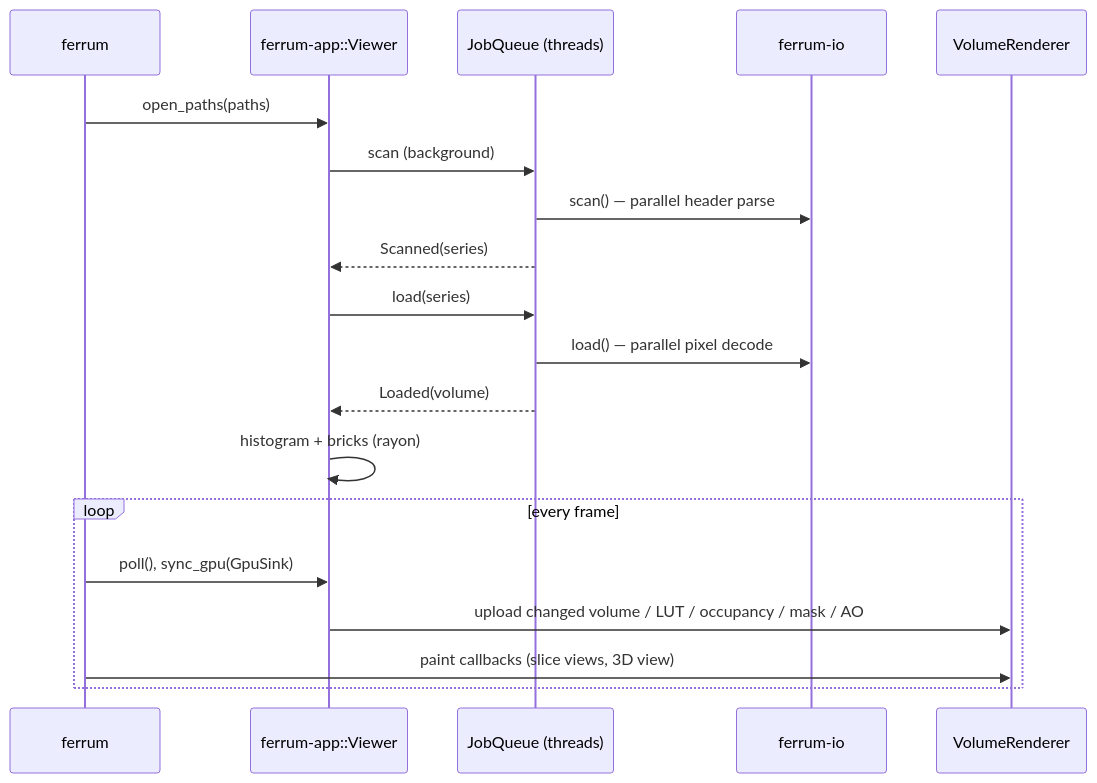
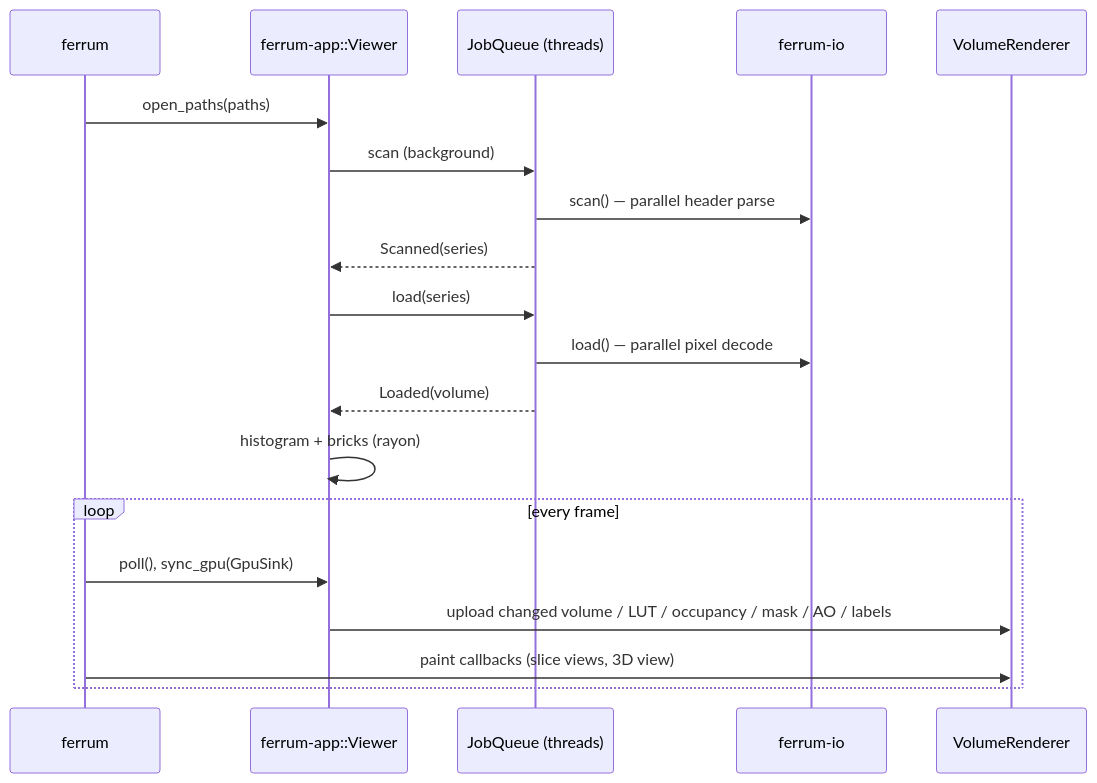
Before and after one commit to Kauter1989/ferrum: the second of 2 diagrams in docs/architecture.md, drawn with Mermaid. The commit also changed other lines of this file and 14 other files, not shown here.

````diff
--- a/docs/architecture.md
+++ b/docs/architecture.md
@@ -60,22 +60,22 @@
 ```mermaid
 sequenceDiagram
     participant UI as ferrum
     participant App as ferrum-app::Viewer
     participant Jobs as JobQueue (threads)
     participant Repo as ferrum-io
     participant GPU as VolumeRenderer
 
     UI->>App: open_paths(paths)
     App->>Jobs: scan (background)
     Jobs->>Repo: scan() — parallel header parse
     Jobs-->>App: Scanned(series)
     App->>Jobs: load(series)
     Jobs->>Repo: load() — parallel pixel decode
     Jobs-->>App: Loaded(volume)
     App->>App: histogram + bricks (rayon)
     loop every frame
         UI->>App: poll(), sync_gpu(GpuSink)
-        App->>GPU: upload changed volume / LUT / occupancy / mask / AO
+        App->>GPU: upload changed volume / LUT / occupancy / mask / AO / labels
         UI->>GPU: paint callbacks (slice views, 3D view)
     end
 ```
````
